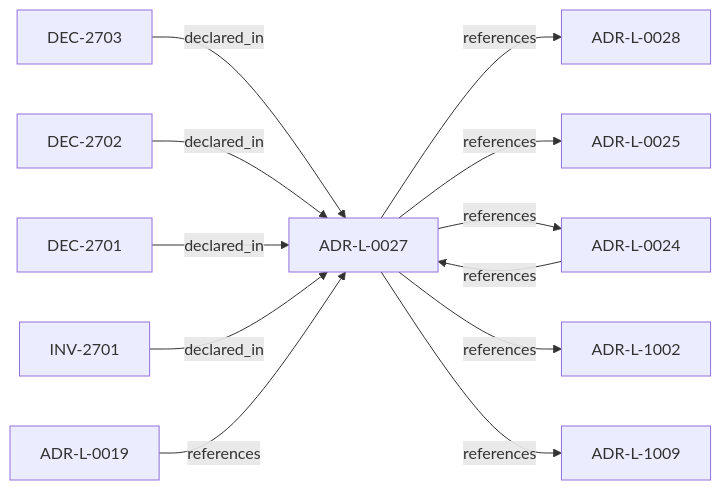
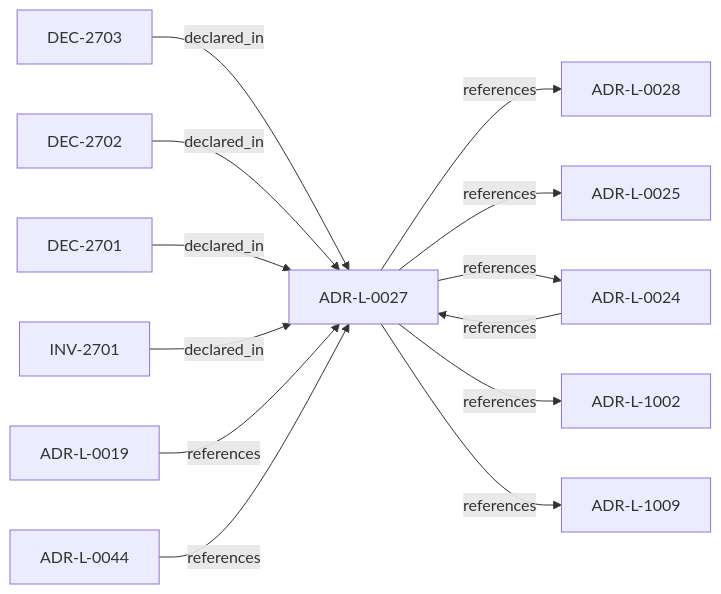
The diagram in adrs/adr-projection/logical/ADR-L-0027-scope-semantics-and-versioning.md (egallmann/ste-spec), drawn with Mermaid before and after one commit. The commit also changed other lines of this file and 24 other files, not shown here.

````diff
--- a/adrs/adr-projection/logical/ADR-L-0027-scope-semantics-and-versioning.md
+++ b/adrs/adr-projection/logical/ADR-L-0027-scope-semantics-and-versioning.md
@@ -38,25 +38,27 @@
 ```mermaid
 flowchart LR
   n_01a04e96_1f5a_7af0_a138_a306f7b93157["ADR-L-0019"]
   n_01a04e96_1f5b_7305_821f_9313cd79a6be["DEC-2703"]
   n_01a04e96_1f5b_7551_992f_4be395920f16["ADR-L-0028"]
   n_01a04e96_1f5b_76ca_a532_9dd9a6045936["DEC-2702"]
   n_01a04e96_1f5b_78b8_972b_af0c783ef246["ADR-L-0025"]
   n_01a04e96_1f5b_78e2_be19_ea0db37cadd1["DEC-2701"]
   n_01a04e96_1f5b_7bf5_bd37_214f7b31179c["INV-2701"]
   n_01a04e96_1f5b_7d37_8038_1c811fc5261b["ADR-L-0027"]
   n_01a04e96_1f5b_7e90_9f2d_79f60b81c807["ADR-L-0024"]
   n_01a04e96_1f5c_73c9_ad1f_df05ef43cae1["ADR-L-1002"]
   n_01a04e96_1f5d_7793_873c_136f29f470be["ADR-L-1009"]
+  n_01a06490_5b3c_76c0_9da2_abc5d28f8970["ADR-L-0044"]
   n_01a04e96_1f5b_7305_821f_9313cd79a6be -->|"declared_in"| n_01a04e96_1f5b_7d37_8038_1c811fc5261b
   n_01a04e96_1f5b_76ca_a532_9dd9a6045936 -->|"declared_in"| n_01a04e96_1f5b_7d37_8038_1c811fc5261b
   n_01a04e96_1f5b_78e2_be19_ea0db37cadd1 -->|"declared_in"| n_01a04e96_1f5b_7d37_8038_1c811fc5261b
   n_01a04e96_1f5b_7bf5_bd37_214f7b31179c -->|"declared_in"| n_01a04e96_1f5b_7d37_8038_1c811fc5261b
   n_01a04e96_1f5a_7af0_a138_a306f7b93157 -->|"references"| n_01a04e96_1f5b_7d37_8038_1c811fc5261b
   n_01a04e96_1f5b_7d37_8038_1c811fc5261b -->|"references"| n_01a04e96_1f5b_7551_992f_4be395920f16
   n_01a04e96_1f5b_7d37_8038_1c811fc5261b -->|"references"| n_01a04e96_1f5b_78b8_972b_af0c783ef246
   n_01a04e96_1f5b_7d37_8038_1c811fc5261b -->|"references"| n_01a04e96_1f5b_7e90_9f2d_79f60b81c807
   n_01a04e96_1f5b_7d37_8038_1c811fc5261b -->|"references"| n_01a04e96_1f5c_73c9_ad1f_df05ef43cae1
   n_01a04e96_1f5b_7d37_8038_1c811fc5261b -->|"references"| n_01a04e96_1f5d_7793_873c_136f29f470be
   n_01a04e96_1f5b_7e90_9f2d_79f60b81c807 -->|"references"| n_01a04e96_1f5b_7d37_8038_1c811fc5261b
+  n_01a06490_5b3c_76c0_9da2_abc5d28f8970 -->|"references"| n_01a04e96_1f5b_7d37_8038_1c811fc5261b
 ```
````
